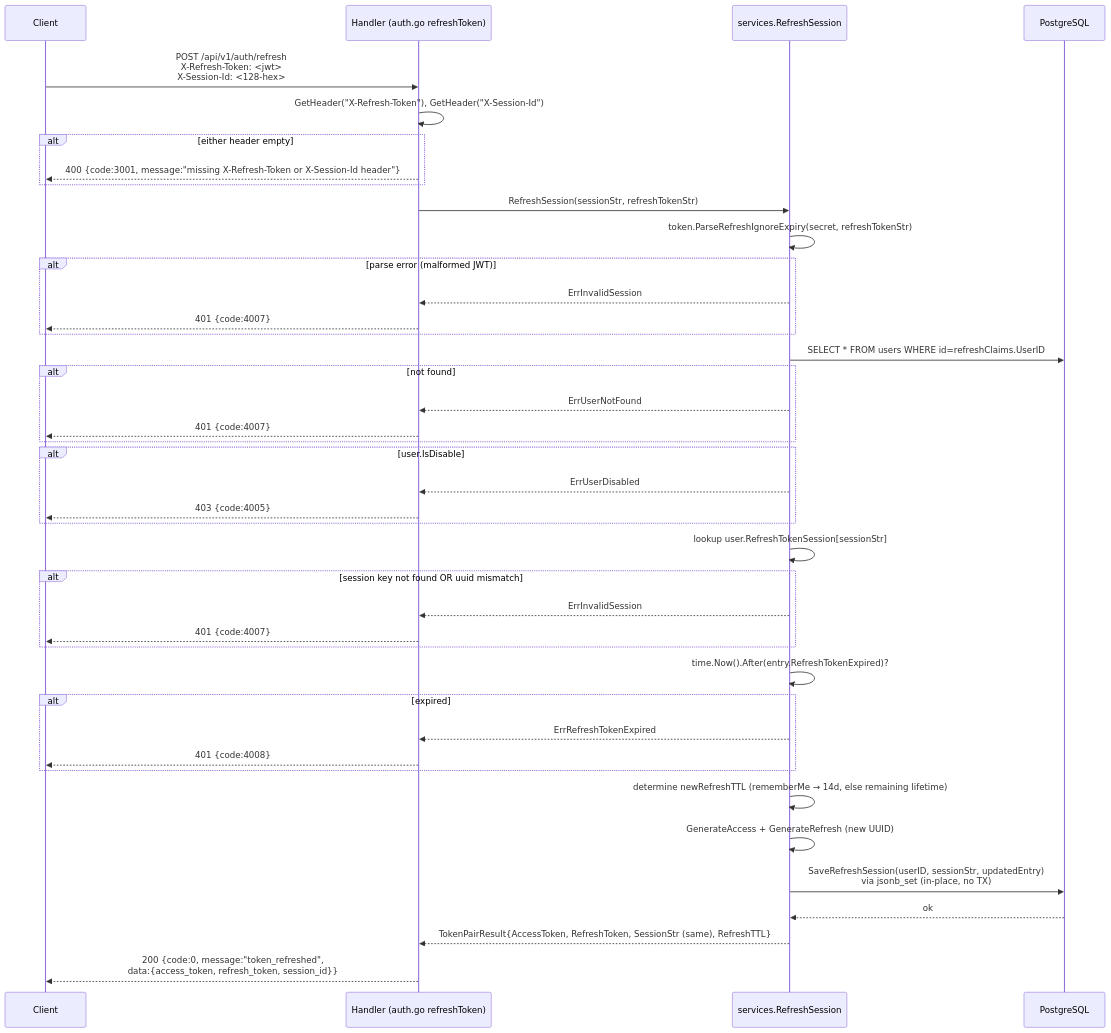
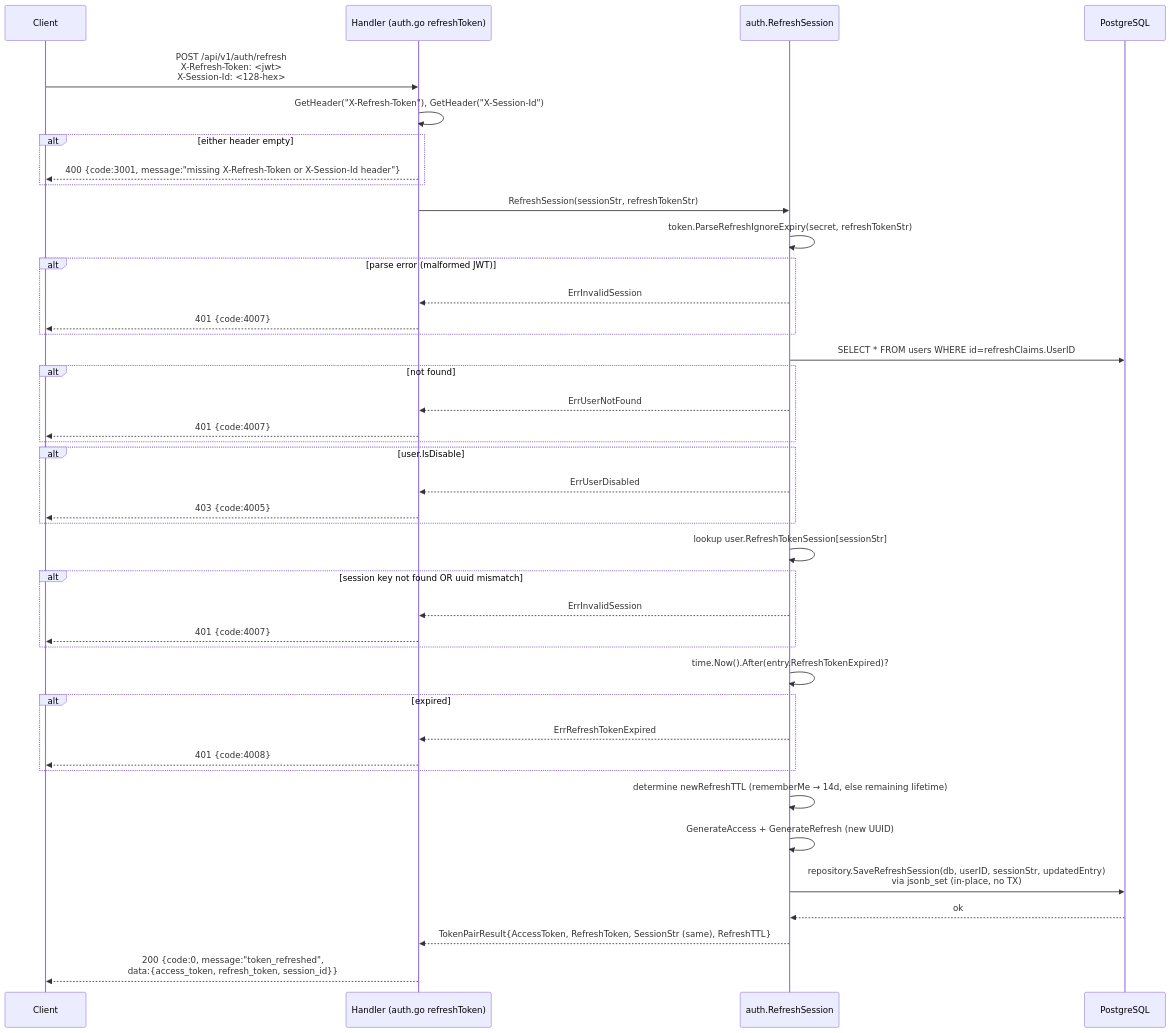
Before and after one commit to lkienkle11/be-mycourse: the fifth of 23 diagrams in docs/sequence_diagrams.md, drawn with Mermaid. The commit also changed other lines of this file and 19 other files, not shown here.

Commit message:
docs: align architecture and module docs with package refactor

````diff
--- a/docs/sequence_diagrams.md
+++ b/docs/sequence_diagrams.md
@@ -274,52 +274,52 @@
 ```mermaid
 sequenceDiagram
     participant C as Client
     participant H as Handler (auth.go refreshToken)
-    participant SVC as services.RefreshSession
+    participant SVC as auth.RefreshSession
     participant DB as PostgreSQL
 
     C->>H: POST /api/v1/auth/refresh<br/>X-Refresh-Token: <jwt><br/>X-Session-Id: <128-hex>
 
     H->>H: GetHeader("X-Refresh-Token"), GetHeader("X-Session-Id")
     alt either header empty
         H-->>C: 400 {code:3001, message:"missing X-Refresh-Token or X-Session-Id header"}
     end
 
     H->>SVC: RefreshSession(sessionStr, refreshTokenStr)
     SVC->>SVC: token.ParseRefreshIgnoreExpiry(secret, refreshTokenStr)
     alt parse error (malformed JWT)
         SVC-->>H: ErrInvalidSession
         H-->>C: 401 {code:4007}
     end
 
     SVC->>DB: SELECT * FROM users WHERE id=refreshClaims.UserID
     alt not found
         SVC-->>H: ErrUserNotFound
         H-->>C: 401 {code:4007}
     end
 
     alt user.IsDisable
         SVC-->>H: ErrUserDisabled
         H-->>C: 403 {code:4005}
     end
 
     SVC->>SVC: lookup user.RefreshTokenSession[sessionStr]
     alt session key not found OR uuid mismatch
         SVC-->>H: ErrInvalidSession
         H-->>C: 401 {code:4007}
     end
 
     SVC->>SVC: time.Now().After(entry.RefreshTokenExpired)?
     alt expired
         SVC-->>H: ErrRefreshTokenExpired
         H-->>C: 401 {code:4008}
     end
 
     SVC->>SVC: determine newRefreshTTL (rememberMe → 14d, else remaining lifetime)
     SVC->>SVC: GenerateAccess + GenerateRefresh (new UUID)
-    SVC->>DB: SaveRefreshSession(userID, sessionStr, updatedEntry)<br/>via jsonb_set (in-place, no TX)
+    SVC->>DB: repository.SaveRefreshSession(db, userID, sessionStr, updatedEntry)<br/>via jsonb_set (in-place, no TX)
     DB-->>SVC: ok
 
     SVC-->>H: TokenPairResult{AccessToken, RefreshToken, SessionStr (same), RefreshTTL}
     H-->>C: 200 {code:0, message:"token_refreshed",<br/>data:{access_token, refresh_token, session_id}}
 ```
````
